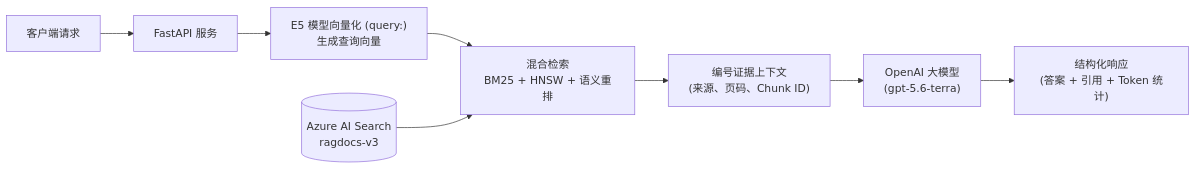
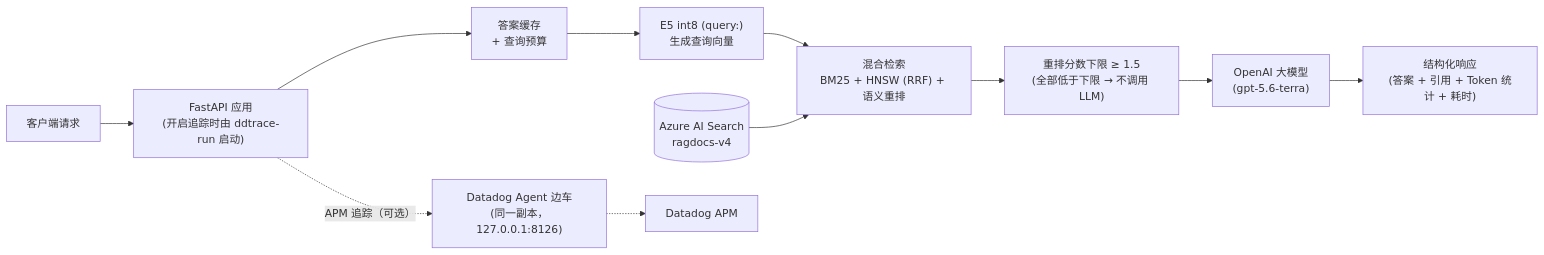
Before and after one commit to workHMZ/aca-ghcr-cicd-lab: the fifth of 9 diagrams in README.md, drawn with Mermaid. The commit also changed other lines of this file and 40 other files, not shown here.

````diff
--- a/README.md
+++ b/README.md
@@ -261,10 +396,13 @@
 ```mermaid
 flowchart LR
-    Client["客户端请求"] --> API["FastAPI 服务"]
-    API --> QVec["E5 模型向量化 (query:)<br/>生成查询向量"]
-    QVec --> Hybrid["混合检索<br/>BM25 + HNSW + 语义重排"]
-    Index[("Azure AI Search<br/>ragdocs-v3")] --> Hybrid
-    Hybrid --> Context["编号证据上下文<br/>(来源、页码、Chunk ID)"]
-    Context --> LLM["OpenAI 大模型<br/>(gpt-5.6-terra)"]
-    LLM --> Response["结构化响应<br/>(答案 + 引用 + Token 统计)"]
+    Client["客户端请求"] --> API["FastAPI 应用<br/>(开启追踪时由 ddtrace-run 启动)"]
+    API --> Guard["答案缓存<br/>+ 查询预算"]
+    Guard --> QVec["E5 int8 (query:)<br/>生成查询向量"]
+    QVec --> Hybrid["混合检索<br/>BM25 + HNSW (RRF) + 语义重排"]
+    Index[("Azure AI Search<br/>ragdocs-v4")] --> Hybrid
+    Hybrid --> Floor["重排分数下限 ≥ 1.5<br/>(全部低于下限 → 不调用 LLM)"]
+    Floor --> LLM["OpenAI 大模型<br/>(gpt-5.6-terra)"]
+    LLM --> Response["结构化响应<br/>(答案 + 引用 + Token 统计 + 耗时)"]
+    API -. "APM 追踪（可选）" .-> Agent["Datadog Agent 边车<br/>(同一副本，127.0.0.1:8126)"]
+    Agent -.-> APM["Datadog APM"]
 ```
````
